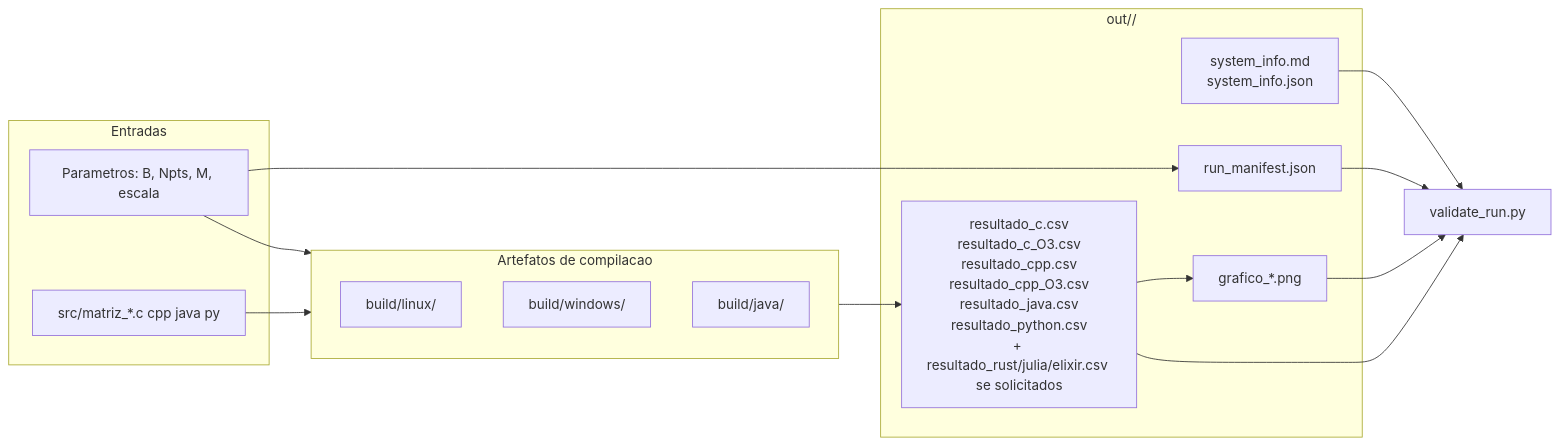
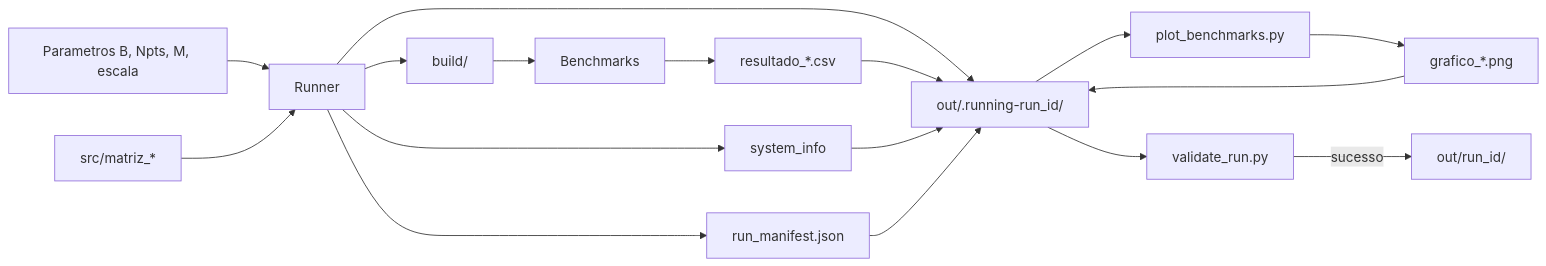
One commit to Lucas-Sperotto/matrix-multiplication-benchmark changed the ninth of 16 diagrams in docs/DIAGRAMS.md. Above: the diagram before and after it, drawn with Mermaid. The commit also changed other lines of this file, not shown here.

Commit message:
docs: corrige diagramas Mermaid e atualiza fluxo de preflight

````diff
--- a/docs/DIAGRAMS.md
+++ b/docs/DIAGRAMS.md
@@ -301,30 +319,19 @@
 ```mermaid
 flowchart LR
-    subgraph Inputs[Entradas]
-        Params[Parametros: B, Npts, M, escala]
-        Sources[src/matriz_*.c cpp java py]
-    end
-
-    subgraph Build[Artefatos de compilacao]
-        BLinux[build/linux/]
-        BWin[build/windows/]
-        BJava[build/java/]
-    end
-
-    subgraph Out["out/<run_id>/"]
-        Csv[resultado_c.csv<br/>resultado_c_O3.csv<br/>resultado_cpp.csv<br/>resultado_cpp_O3.csv<br/>resultado_java.csv<br/>resultado_python.csv<br/>+ resultado_rust/julia/elixir.csv se solicitados]
-        Sys[system_info.md<br/>system_info.json]
-        Manifest[run_manifest.json]
-        Graphs[grafico_*.png]
-    end
-
-    Params --> Build
-    Sources --> Build
-    Build --> Csv
-    Params --> Manifest
-    Csv --> Graphs
-    Csv --> Validate[validate_run.py]
-    Sys --> Validate
-    Manifest --> Validate
-    Graphs --> Validate
+    Params["Parametros B, Npts, M, escala"] --> Runner["Runner"]
+    Sources["src/matriz_*"] --> Runner
+    Runner --> Build["build/"]
+    Runner --> Staging["out/.running-run_id/"]
+    Build --> Exec["Benchmarks"]
+    Exec --> Csv["resultado_*.csv"]
+    Csv --> Staging
+    Runner --> Sys["system_info"]
+    Sys --> Staging
+    Runner --> Manifest["run_manifest.json"]
+    Manifest --> Staging
+    Staging --> Plot["plot_benchmarks.py"]
+    Plot --> Graphs["grafico_*.png"]
+    Graphs --> Staging
+    Staging --> Validate["validate_run.py"]
+    Validate -- sucesso --> Final["out/run_id/"]
 ```
````
